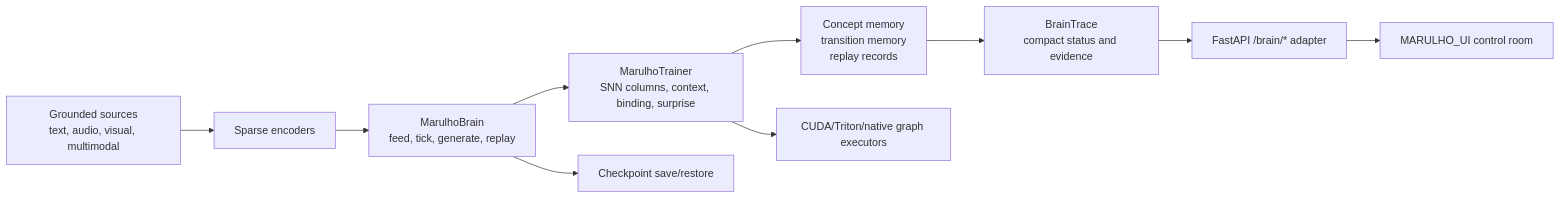
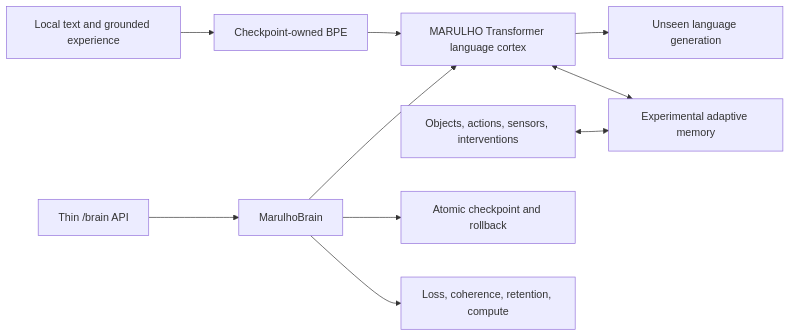
One commit to Tuafo/MARULHO changed the diagram in README.md. Above: the diagram before and after it, drawn with Mermaid. The commit also changed other lines of this file and 87 other files, not shown here.

````diff
--- a/README.md
+++ b/README.md
@@ -40,12 +27,12 @@
 ```mermaid
 flowchart LR
-    Sources["Grounded sources<br/>text, audio, visual, multimodal"] --> Encoders["Sparse encoders"]
-    Encoders --> Brain["MarulhoBrain<br/>feed, tick, generate, replay"]
-    Brain --> Trainer["MarulhoTrainer<br/>SNN columns, context, binding, surprise"]
-    Trainer --> Memory["Concept memory<br/>transition memory<br/>replay records"]
-    Trainer --> CUDA["CUDA/Triton/native graph executors"]
-    Memory --> Trace["BrainTrace<br/>compact status and evidence"]
-    Brain --> Checkpoints["Checkpoint save/restore"]
-    Trace --> Service["FastAPI /brain/* adapter"]
-    Service --> UI["MARULHO_UI control room"]
+    Data["Local text and grounded experience"] --> Tok["Checkpoint-owned BPE"]
+    Tok --> Cortex["MARULHO Transformer language cortex"]
+    Cortex --> Output["Unseen language generation"]
+    Cortex <--> Memory["Experimental adaptive memory"]
+    Grounding["Objects, actions, sensors, interventions"] <--> Memory
+    Brain["MarulhoBrain"] --> Cortex
+    Brain --> Checkpoint["Atomic checkpoint and rollback"]
+    Brain --> Evidence["Loss, coherence, retention, compute"]
+    Service["Thin /brain API"] --> Brain
 ```
````
